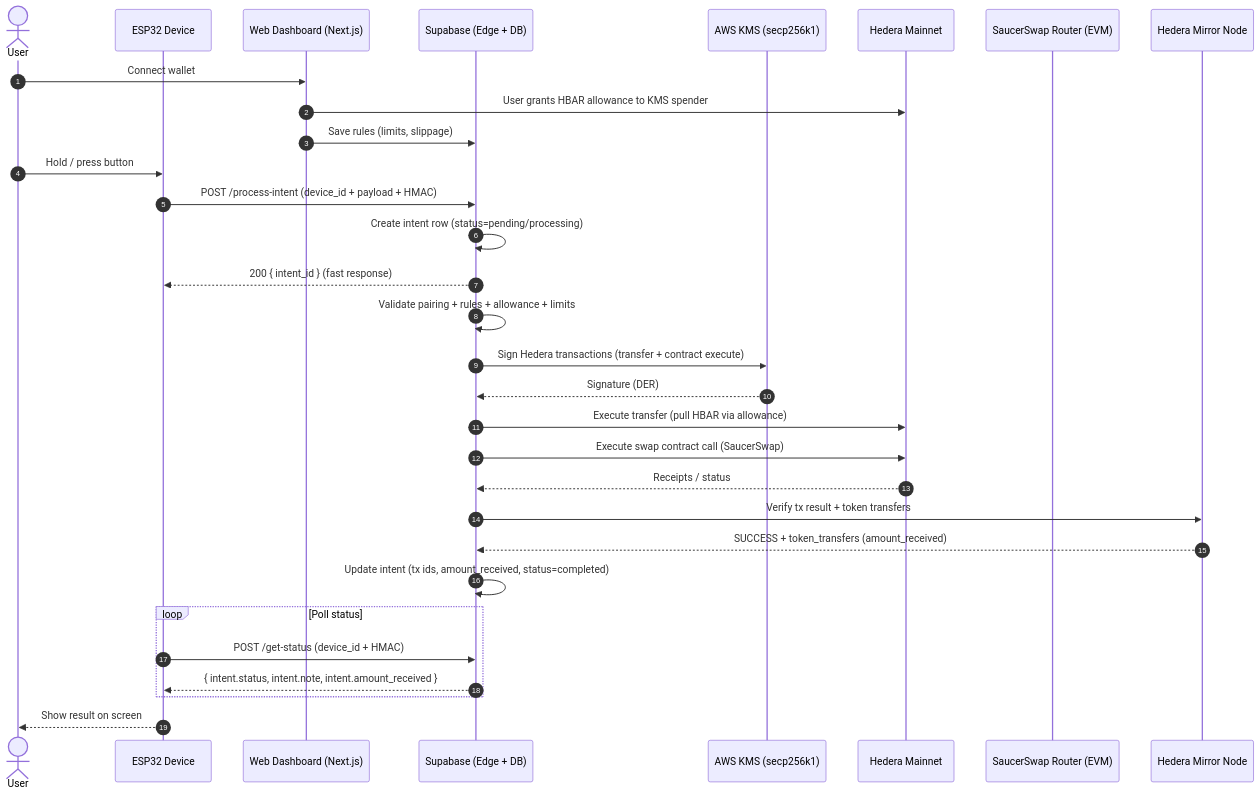
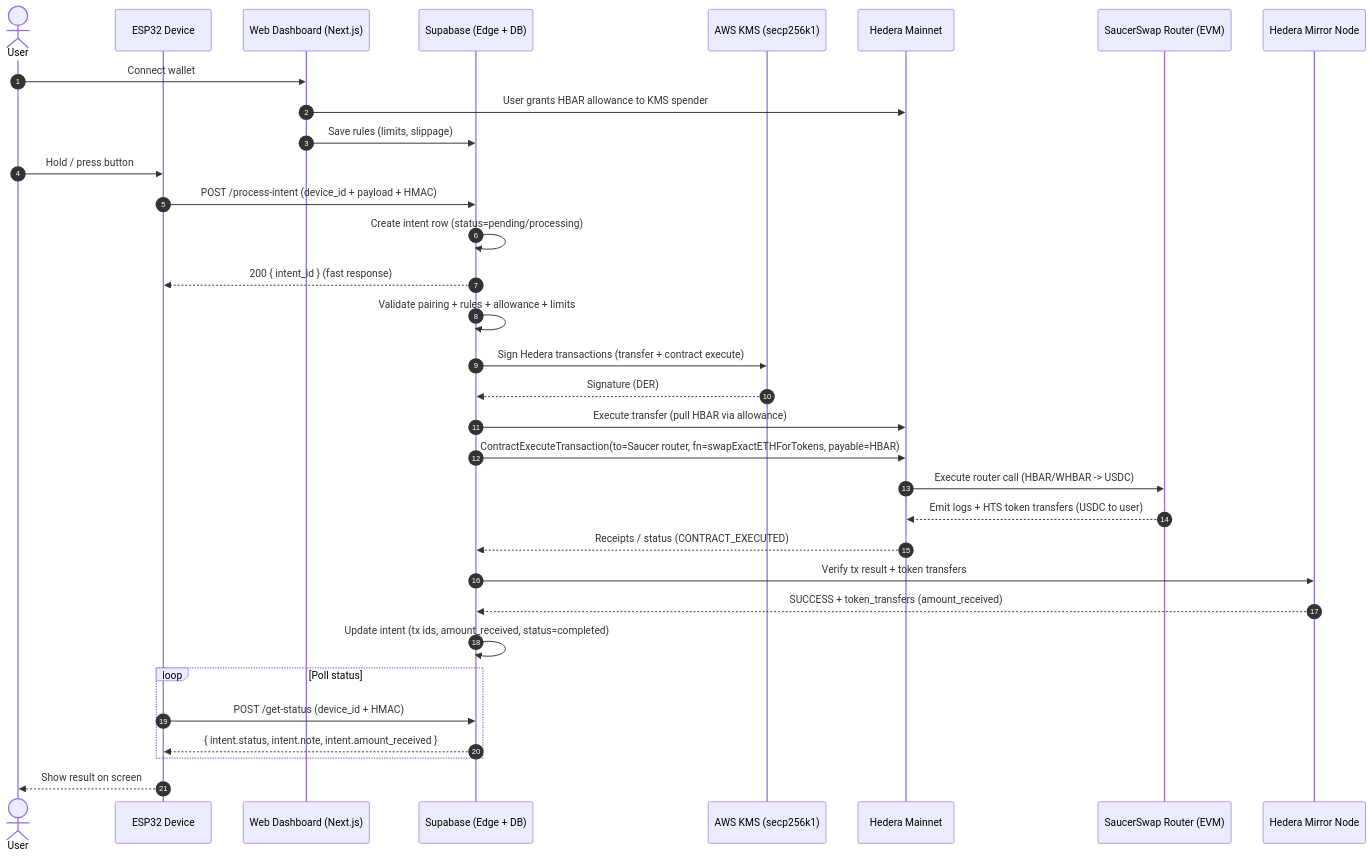
One commit to youvandra/sweephy changed the first of 2 diagrams in README.md. Above: the diagram before and after it, drawn with Mermaid. The commit also changed 4 other files, not shown here.

````diff
--- a/README.md
+++ b/README.md
@@ -198,38 +198,40 @@
 ```mermaid
 sequenceDiagram
   autonumber
   actor User
   participant Device as ESP32 Device
   participant App as Web Dashboard (Next.js)
   participant SB as Supabase (Edge + DB)
   participant KMS as AWS KMS (secp256k1)
   participant Hedera as Hedera Mainnet
   participant Saucer as SaucerSwap Router (EVM)
   participant Mirror as Hedera Mirror Node
 
   User->>App: Connect wallet
   App->>Hedera: User grants HBAR allowance to KMS spender
   App->>SB: Save rules (limits, slippage)
 
   User->>Device: Hold / press button
   Device->>SB: POST /process-intent (device_id + payload + HMAC)
   SB->>SB: Create intent row (status=pending/processing)
   SB-->>Device: 200 { intent_id } (fast response)
 
   SB->>SB: Validate pairing + rules + allowance + limits
   SB->>KMS: Sign Hedera transactions (transfer + contract execute)
   KMS-->>SB: Signature (DER)
   SB->>Hedera: Execute transfer (pull HBAR via allowance)
-  SB->>Hedera: Execute swap contract call (SaucerSwap)
-  Hedera-->>SB: Receipts / status
+  SB->>Hedera: ContractExecuteTransaction(to=Saucer router, fn=swapExactETHForTokens, payable=HBAR)
+  Hedera->>Saucer: Execute router call (HBAR/WHBAR -> USDC)
+  Saucer-->>Hedera: Emit logs + HTS token transfers (USDC to user)
+  Hedera-->>SB: Receipts / status (CONTRACT_EXECUTED)
   SB->>Mirror: Verify tx result + token transfers
   Mirror-->>SB: SUCCESS + token_transfers (amount_received)
   SB->>SB: Update intent (tx ids, amount_received, status=completed)
 
   loop Poll status
     Device->>SB: POST /get-status (device_id + HMAC)
     SB-->>Device: { intent.status, intent.note, intent.amount_received }
   end
 
   Device-->>User: Show result on screen
 ```
````
